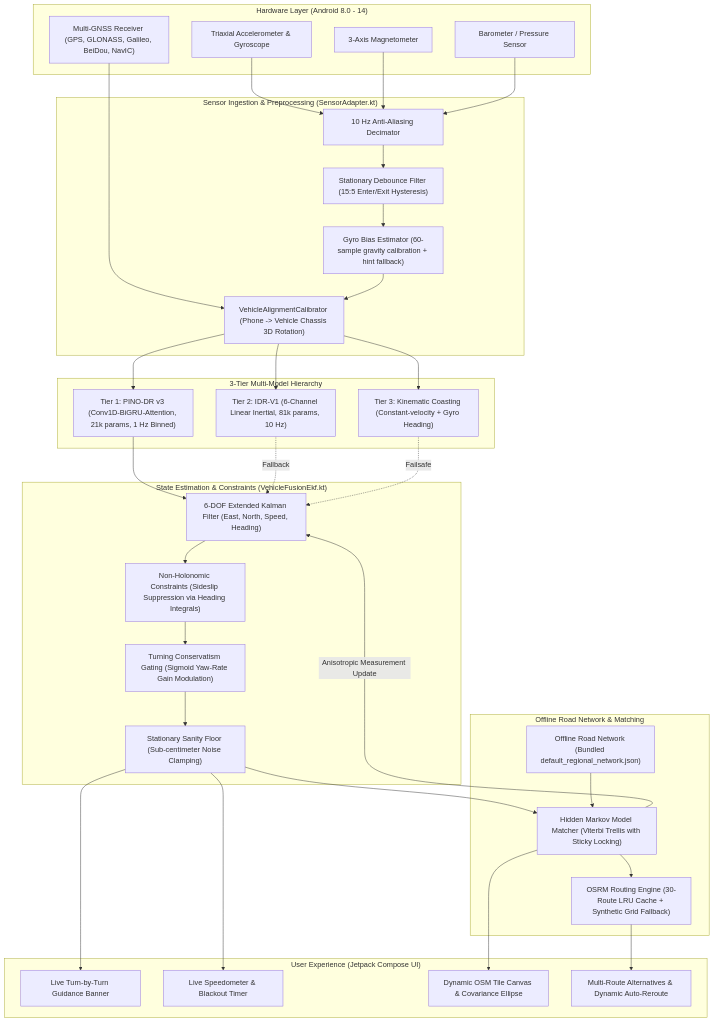
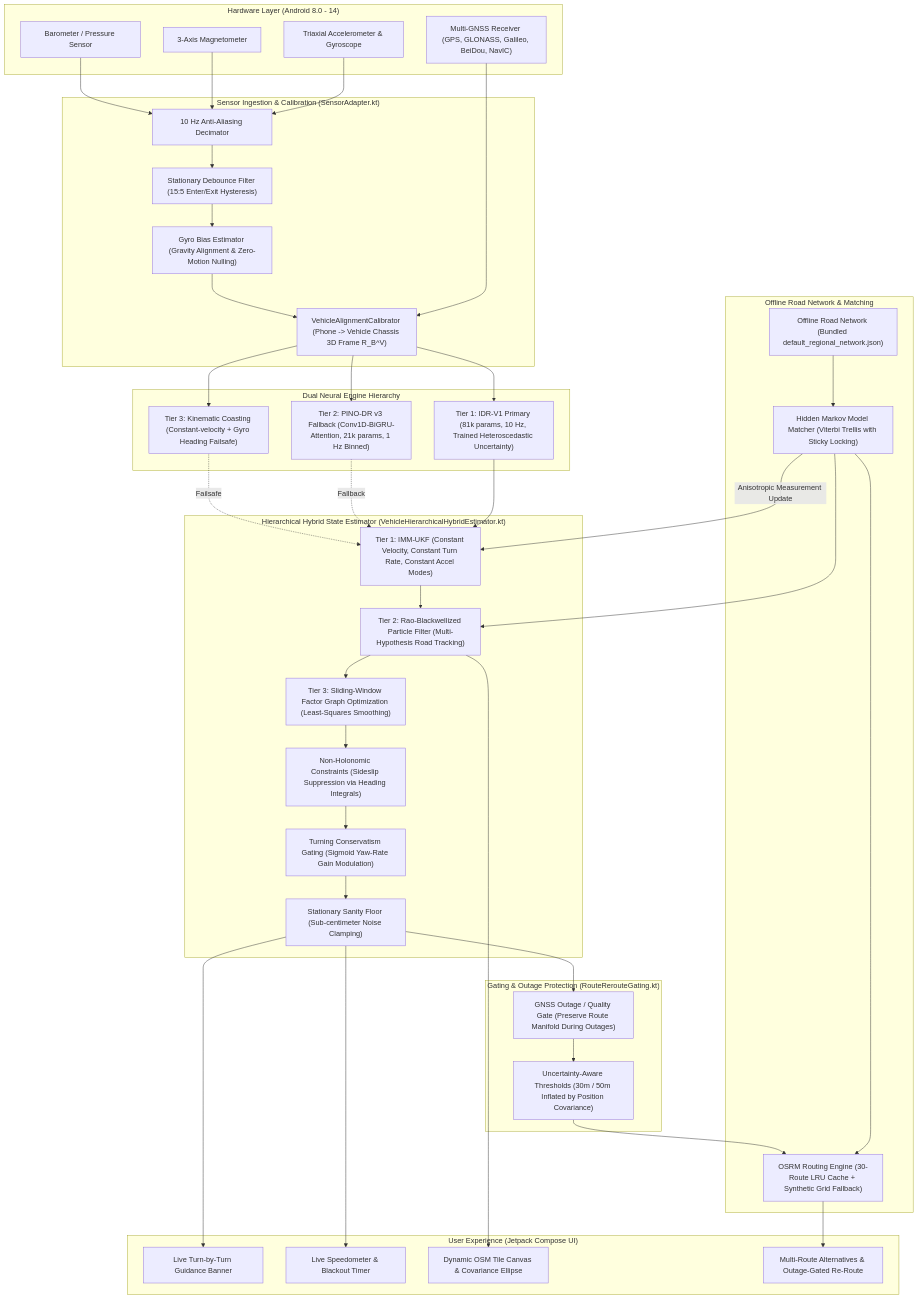
Before and after one commit to hmm183/master-repo-sih-26: the diagram in README.md, drawn with Mermaid. The commit also changed other lines of this file, not shown here.

Commit message:
docs: update README with Hierarchical Hybrid architecture, dual neural hierarchy, and outage-gated rerouting

````diff
--- a/README.md
+++ b/README.md
@@ -104,24 +111,31 @@
         GNSS["Multi-GNSS Receiver (GPS, GLONASS, Galileo, BeiDou, NavIC)"]
     end
 
-    subgraph Ingestion ["Sensor Ingestion & Preprocessing (SensorAdapter.kt)"]
+    subgraph Ingestion ["Sensor Ingestion & Calibration (SensorAdapter.kt)"]
         DEC["10 Hz Anti-Aliasing Decimator"]
         DEBOUNCE["Stationary Debounce Filter (15:5 Enter/Exit Hysteresis)"]
-        GYRO_BIAS["Gyro Bias Estimator (60-sample gravity calibration + hint fallback)"]
-        CALIB["VehicleAlignmentCalibrator (Phone -> Vehicle Chassis 3D Rotation)"]
+        GYRO_BIAS["Gyro Bias Estimator (Gravity Alignment & Zero-Motion Nulling)"]
+        CALIB["VehicleAlignmentCalibrator (Phone -> Vehicle Chassis 3D Frame R_B^V)"]
     end
 
-    subgraph MultiTier ["3-Tier Multi-Model Hierarchy"]
-        TIER1["Tier 1: PINO-DR v3 (Conv1D-BiGRU-Attention, 21k params, 1 Hz Binned)"]
-        TIER2["Tier 2: IDR-V1 (6-Channel Linear Inertial, 81k params, 10 Hz)"]
-        TIER3["Tier 3: Kinematic Coasting (Constant-velocity + Gyro Heading)"]
+    subgraph MultiTier ["Dual Neural Engine Hierarchy"]
+        TIER1["Tier 1: IDR-V1 Primary (81k params, 10 Hz, Trained Heteroscedastic Uncertainty)"]
+        TIER2["Tier 2: PINO-DR v3 Fallback (Conv1D-BiGRU-Attention, 21k params, 1 Hz Binned)"]
+        TIER3["Tier 3: Kinematic Coasting (Constant-velocity + Gyro Heading Failsafe)"]
     end
 
-    subgraph Fusion ["State Estimation & Constraints (VehicleFusionEkf.kt)"]
-        EKF["6-DOF Extended Kalman Filter (East, North, Speed, Heading)"]
+    subgraph Fusion ["Hierarchical Hybrid State Estimator (VehicleHierarchicalHybridEstimator.kt)"]
+        IMM["Tier 1: IMM-UKF (Constant Velocity, Constant Turn Rate, Constant Accel Modes)"]
+        RBPF["Tier 2: Rao-Blackwellized Particle Filter (Multi-Hypothesis Road Tracking)"]
+        FGO["Tier 3: Sliding-Window Factor Graph Optimization (Least-Squares Smoothing)"]
         NHC["Non-Holonomic Constraints (Sideslip Suppression via Heading Integrals)"]
         TURNING["Turning Conservatism Gating (Sigmoid Yaw-Rate Gain Modulation)"]
         SANITY["Stationary Sanity Floor (Sub-centimeter Noise Clamping)"]
+    end
+
+    subgraph GatingEngine ["Gating & Outage Protection (RouteRerouteGating.kt)"]
+        GATE["GNSS Outage / Quality Gate (Preserve Route Manifold During Outages)"]
+        UNCERT["Uncertainty-Aware Thresholds (30m / 50m Inflated by Position Covariance)"]
     end
 
     subgraph MapEngine ["Offline Road Network & Matching"]
@@ -134,7 +148,7 @@
         HUD["Live Turn-by-Turn Guidance Banner"]
         SPEEDO["Live Speedometer & Blackout Timer"]
         CANVAS["Dynamic OSM Tile Canvas & Covariance Ellipse"]
-        ROUTING_HUD["Multi-Route Alternatives & Dynamic Auto-Reroute"]
+        ROUTING_HUD["Multi-Route Alternatives & Outage-Gated Re-Route"]
     end
 
     IMU --> DEC
@@ -150,21 +164,27 @@
     CALIB --> TIER2
     CALIB --> TIER3
 
-    TIER1 --> EKF
-    TIER2 -.->|Fallback| EKF
-    TIER3 -.->|Failsafe| EKF
+    TIER1 --> IMM
+    TIER2 -.->|Fallback| IMM
+    TIER3 -.->|Failsafe| IMM
 
-    EKF --> NHC
+    IMM --> RBPF
+    RBPF --> FGO
+    FGO --> NHC
     NHC --> TURNING
     TURNING --> SANITY
-    SANITY --> HMM
 
     OSM --> HMM
-    HMM -->|Anisotropic Measurement Update| EKF
+    HMM -->|Anisotropic Measurement Update| IMM
+    HMM --> RBPF
     HMM --> ROUTER
+
+    SANITY --> GATE
+    GATE --> UNCERT
+    UNCERT --> ROUTER
 
     SANITY --> HUD
     SANITY --> SPEEDO
-    HMM --> CANVAS
+    RBPF --> CANVAS
     ROUTER --> ROUTING_HUD
 ```
````
